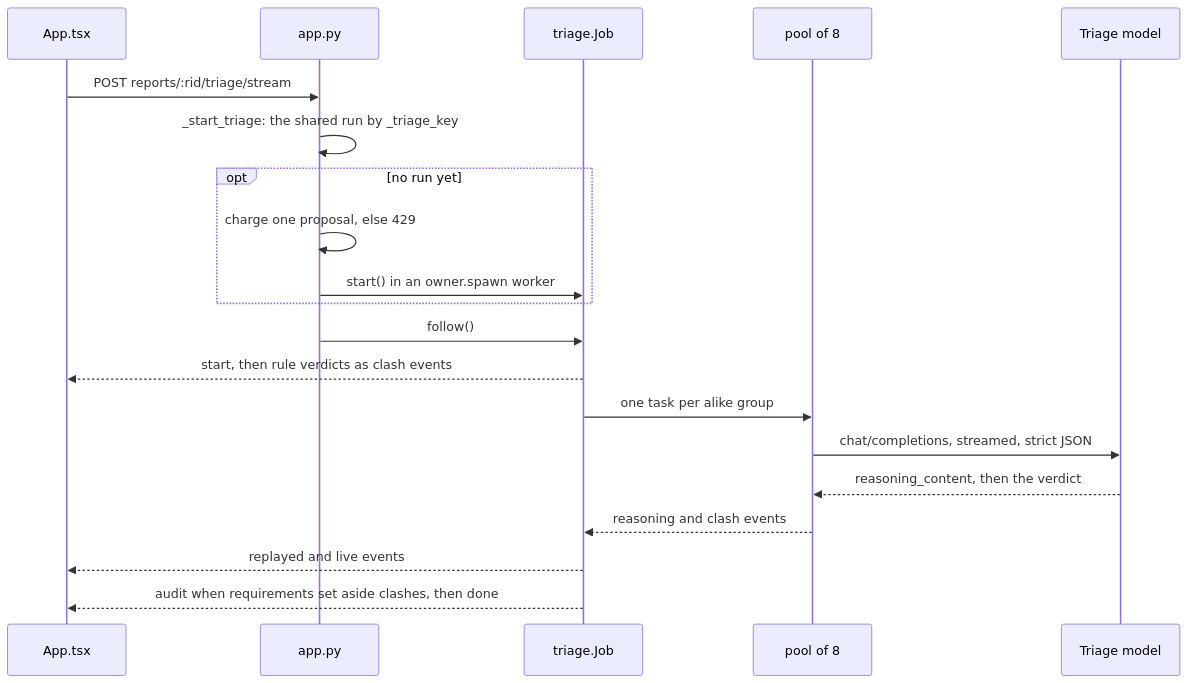
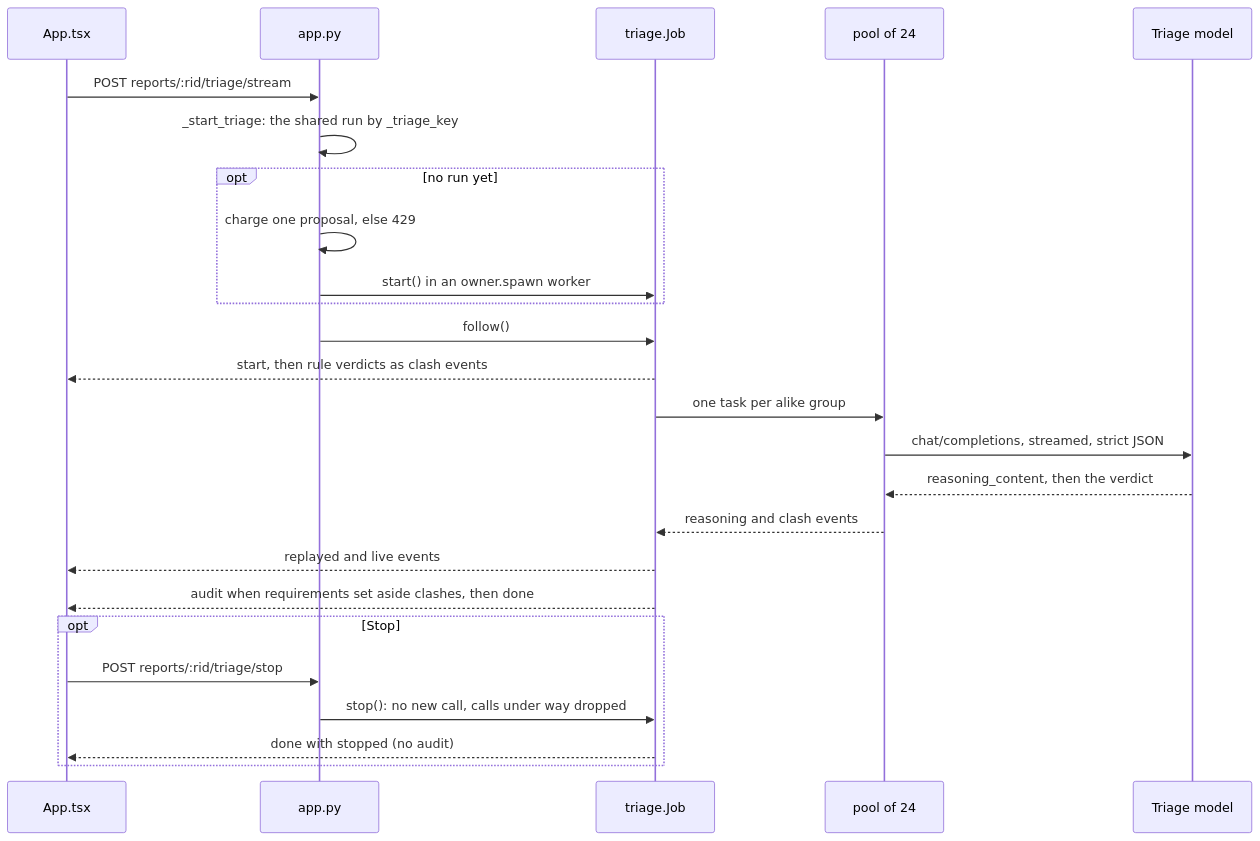
The fourth of 17 diagrams in docs/architecture/03-end-to-end-flows.md (IssueLab-Inc/ORCA), drawn with Mermaid before and after one commit. The commit also changed other lines of this file and 17 other files, not shown here.

First line of the commit message:
Stop triage part way and go on without asking twice

````diff
--- a/docs/architecture/03-end-to-end-flows.md
+++ b/docs/architecture/03-end-to-end-flows.md
@@ -183,22 +185,27 @@
 ```mermaid
 sequenceDiagram
   participant App as App.tsx
   participant API as app.py
   participant J as triage.Job
-  participant P as pool of 8
+  participant P as pool of 24
   participant M as Triage model
   App->>API: POST reports/:rid/triage/stream
   API->>API: _start_triage: the shared run by _triage_key
   opt no run yet
     API->>API: charge one proposal, else 429
     API->>J: start() in an owner.spawn worker
   end
   API->>J: follow()
   J-->>App: start, then rule verdicts as clash events
   J->>P: one task per alike group
   P->>M: chat/completions, streamed, strict JSON
   M-->>P: reasoning_content, then the verdict
   P-->>J: reasoning and clash events
   J-->>App: replayed and live events
   J-->>App: audit when requirements set aside clashes, then done
+  opt Stop
+    App->>API: POST reports/:rid/triage/stop
+    API->>J: stop(): no new call, calls under way dropped
+    J-->>App: done with stopped (no audit)
+  end
 ```
````
